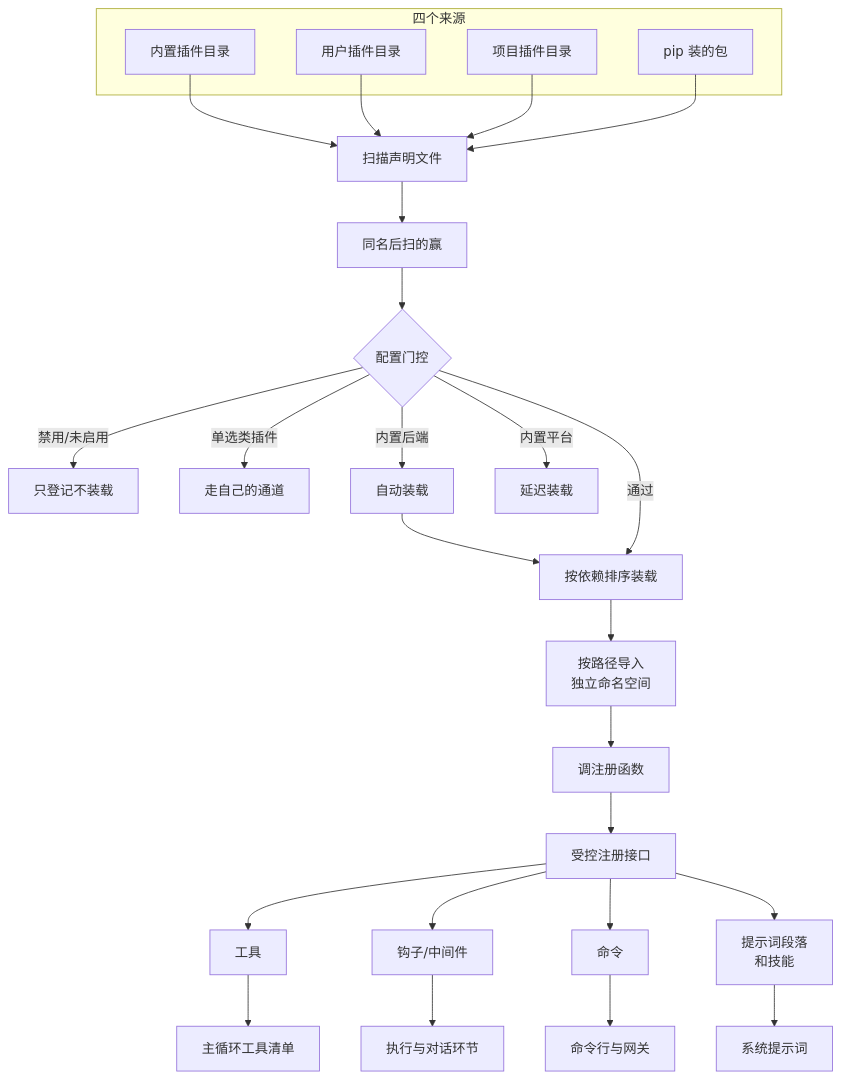
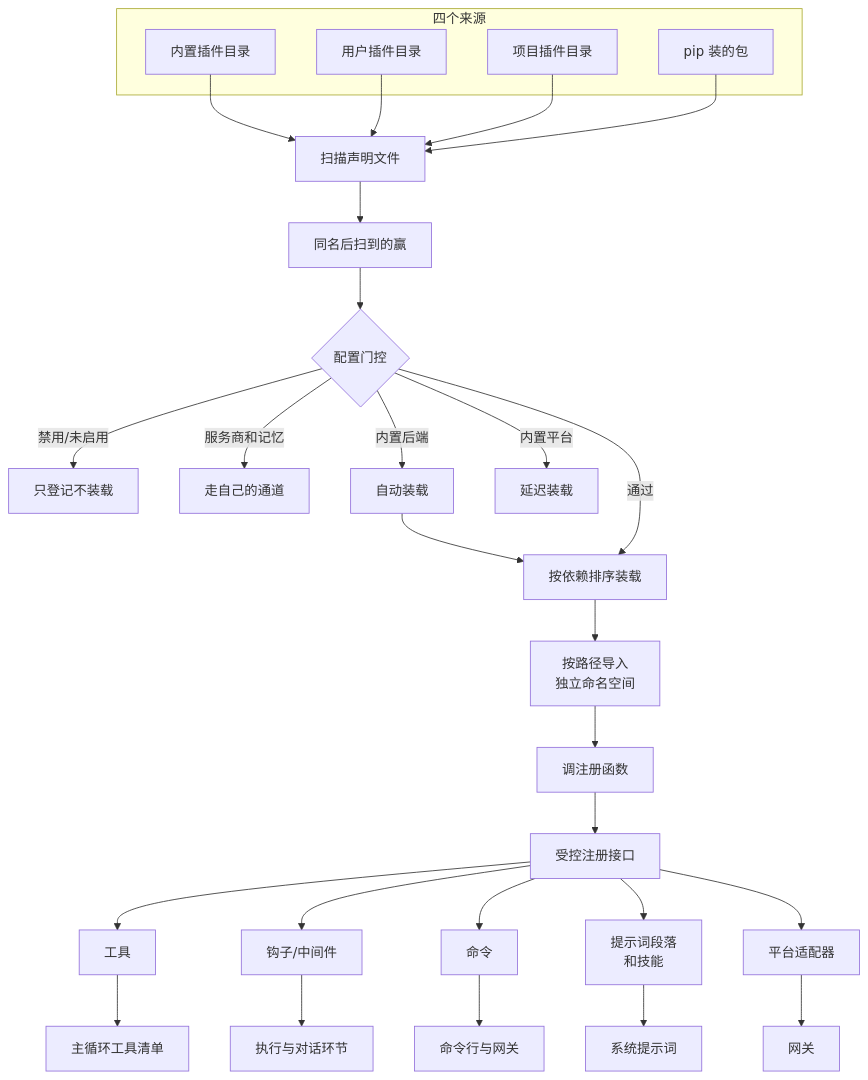
The diagram in docs/plugins.md (Mr-ZeLong/hermes-agent-analysis), drawn with Mermaid before and after one commit. The commit also changed other lines of this file, not shown here.

````diff
--- a/docs/plugins.md
+++ b/docs/plugins.md
@@ -28,29 +28,31 @@
 ```mermaid
 flowchart TD
     subgraph SRC[四个来源]
         B[内置插件目录]
         U[用户插件目录]
         P[项目插件目录]
         E[pip 装的包]
     end
     B & U & P & E --> SCAN[扫描声明文件]
-    SCAN --> WIN[同名后扫的赢]
+    SCAN --> WIN[同名后扫到的赢]
     WIN --> GATE{配置门控}
     GATE -->|禁用/未启用| HOLD[只登记不装载]
-    GATE -->|单选类插件| OWN[走自己的通道]
+    GATE -->|服务商和记忆| OWN[走自己的通道]
     GATE -->|内置后端| AUTO[自动装载]
     GATE -->|内置平台| DEFER[延迟装载]
     AUTO --> SORT[按依赖排序装载]
     GATE -->|通过| SORT
     SORT --> IMP[按路径导入<br>独立命名空间]
     IMP --> REG[调注册函数]
     REG --> CTX[受控注册接口]
     CTX --> T[工具]
     CTX --> H[钩子/中间件]
     CTX --> C[命令]
     CTX --> S[提示词段落<br>和技能]
+    CTX --> PF[平台适配器]
     T --> LOOP[主循环工具清单]
     H --> PIPE[执行与对话环节]
     C --> SURF[命令行与网关]
     S --> SYS[系统提示词]
+    PF --> GW[网关]
 ```
````
